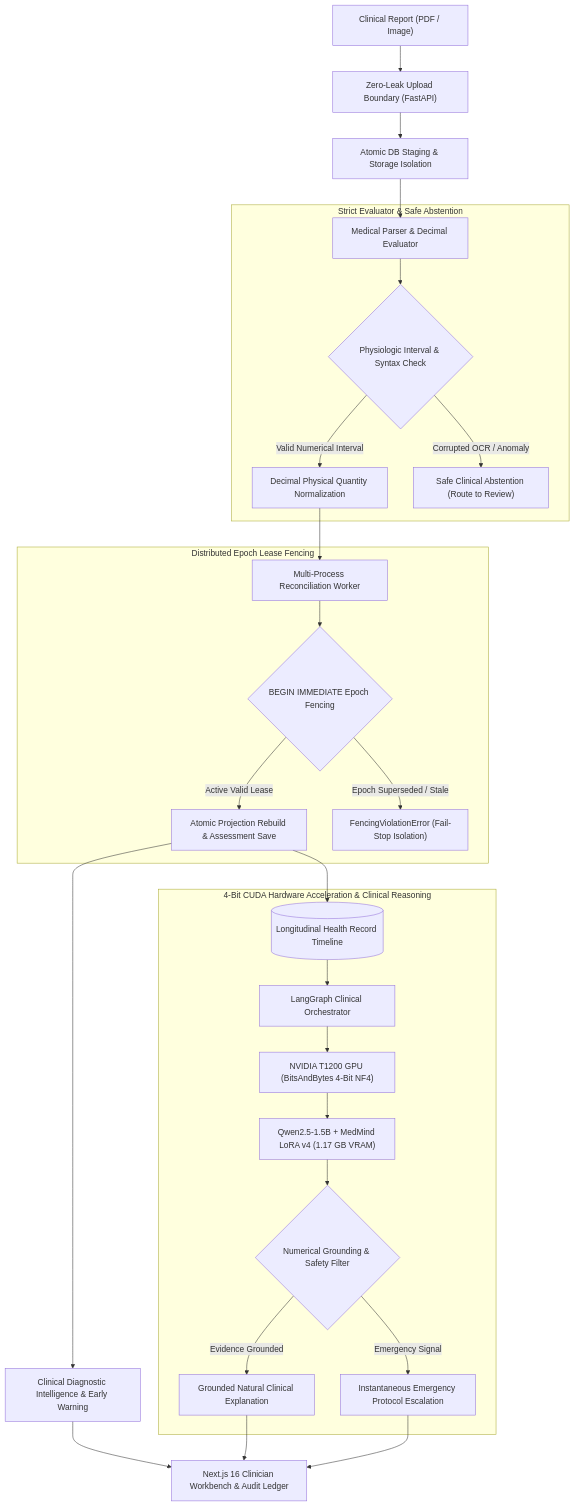
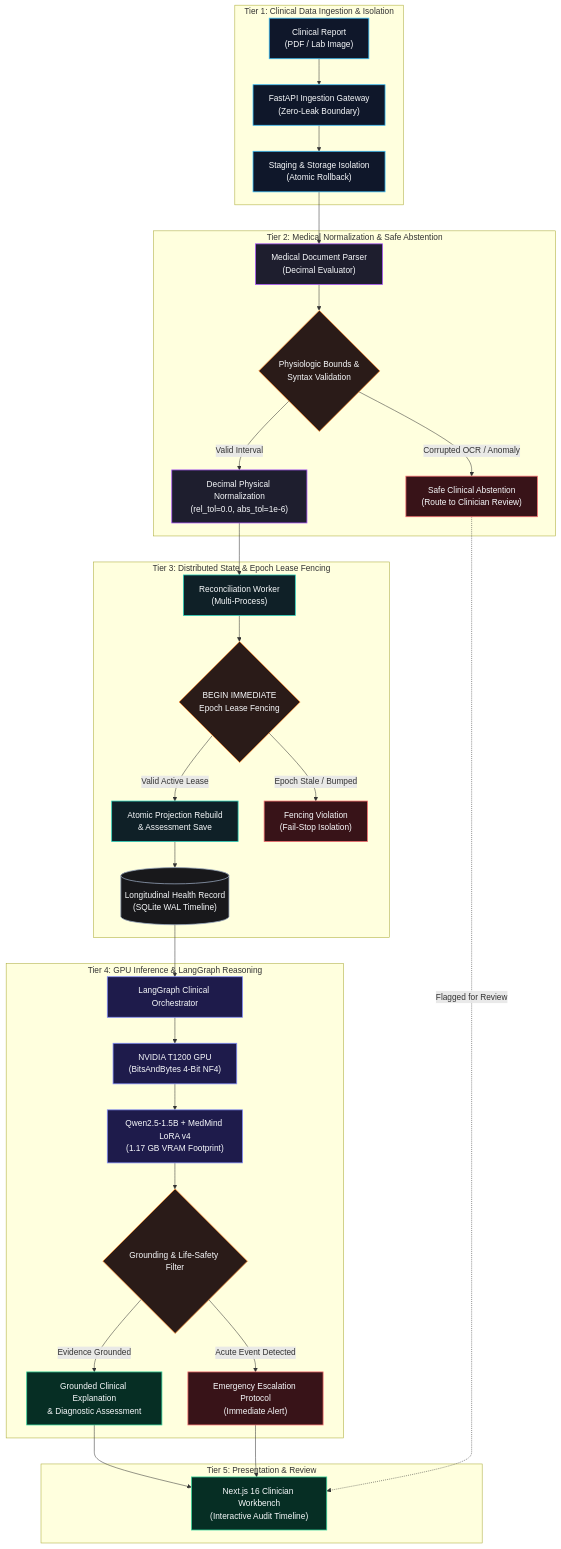
One commit to sultanriaz/sultanriaz changed the first of 6 diagrams in README.md. Above: the diagram before and after it, drawn with Mermaid. The commit also changed other lines of this file, not shown here.

Commit message:
docs(profile): redesign flagship architecture diagrams and improve README layout

````diff
--- a/README.md
+++ b/README.md
@@ -111,36 +111,61 @@
 ```mermaid
-flowchart TD
-    Doc["Clinical Report (PDF / Image)"] --> UploadGate["Zero-Leak Upload Boundary (FastAPI)"]
-    UploadGate --> ACIDRollback["Atomic DB Staging & Storage Isolation"]
-    ACIDRollback --> Parser["Medical Parser & Decimal Evaluator"]
-    
-    subgraph "Strict Evaluator & Safe Abstention"
-        Parser --> BoundsCheck{"Physiologic Interval & Syntax Check"}
-        BoundsCheck -->|"Valid Numerical Interval"| UnitNorm["Decimal Physical Quantity Normalization"]
-        BoundsCheck -->|"Corrupted OCR / Anomaly"| Abstain["Safe Clinical Abstention (Route to Review)"]
-    end
-    
-    UnitNorm --> Reconcile["Multi-Process Reconciliation Worker"]
-    
-    subgraph "Distributed Epoch Lease Fencing"
-        Reconcile --> Fencing{"BEGIN IMMEDIATE Epoch Fencing"}
-        Fencing -->|"Active Valid Lease"| WriteProjections["Atomic Projection Rebuild & Assessment Save"]
-        Fencing -->|"Epoch Superseded / Stale"| FenceError["FencingViolationError (Fail-Stop Isolation)"]
-    end
-    
-    WriteProjections --> LongitudinalDB[("Longitudinal Health Record Timeline")]
-    WriteProjections --> ClinEngine["Clinical Diagnostic Intelligence & Early Warning"]
-    
-    subgraph "4-Bit CUDA Hardware Acceleration & Clinical Reasoning"
-        LongitudinalDB --> LangGraph["LangGraph Clinical Orchestrator"]
-        LangGraph --> CudaGPU["NVIDIA T1200 GPU (BitsAndBytes 4-Bit NF4)"]
-        CudaGPU --> QwenLoRA["Qwen2.5-1.5B + MedMind LoRA v4 (1.17 GB VRAM)"]
-        QwenLoRA --> GroundingCheck{"Numerical Grounding & Safety Filter"}
-        GroundingCheck -->|"Evidence Grounded"| VerifiedAns["Grounded Natural Clinical Explanation"]
-        GroundingCheck -->|"Emergency Signal"| LifeSafety["Instantaneous Emergency Protocol Escalation"]
+flowchart TB
+    %% --- TIER 1: INTAKE & VALIDATION ---
+    subgraph Intake["Tier 1: Clinical Data Ingestion & Isolation"]
+        Report["Clinical Report<br/>(PDF / Lab Image)"] --> IngestGate["FastAPI Ingestion Gateway<br/>(Zero-Leak Boundary)"]
+        IngestGate --> StageIsolation["Staging & Storage Isolation<br/>(Atomic Rollback)"]
     end
 
-    ClinEngine --> Workbench["Next.js 16 Clinician Workbench & Audit Ledger"]
-    VerifiedAns --> Workbench
-    LifeSafety --> Workbench
+    %% --- TIER 2: PARSING & SAFETY CHECK ---
+    subgraph Safety["Tier 2: Medical Normalization & Safe Abstention"]
+        StageIsolation --> MedParser["Medical Document Parser<br/>(Decimal Evaluator)"]
+        MedParser --> ValCheck{"Physiologic Bounds &<br/>Syntax Validation"}
+        ValCheck -->|"Valid Interval"| Normalizer["Decimal Physical Normalization<br/>(rel_tol=0.0, abs_tol=1e-6)"]
+        ValCheck -->|"Corrupted OCR / Anomaly"| Abstention["Safe Clinical Abstention<br/>(Route to Clinician Review)"]
+    end
+
+    %% --- TIER 3: STATE & CONCURRENCY ---
+    subgraph Concurrency["Tier 3: Distributed State & Epoch Lease Fencing"]
+        Normalizer --> ReconWorker["Reconciliation Worker<br/>(Multi-Process)"]
+        ReconWorker --> Fencing{"BEGIN IMMEDIATE<br/>Epoch Lease Fencing"}
+        Fencing -->|"Valid Active Lease"| Projections["Atomic Projection Rebuild<br/>& Assessment Save"]
+        Fencing -->|"Epoch Stale / Bumped"| FailStop["Fencing Violation<br/>(Fail-Stop Isolation)"]
+        Projections --> LongDB[("Longitudinal Health Record<br/>(SQLite WAL Timeline)")]
+    end
+
+    %% --- TIER 4: HARDWARE-ACCELERATED REASONING ---
+    subgraph Reasoning["Tier 4: GPU Inference & LangGraph Reasoning"]
+        LongDB --> Orchestrator["LangGraph Clinical Orchestrator"]
+        Orchestrator --> CudaEngine["NVIDIA T1200 GPU<br/>(BitsAndBytes 4-Bit NF4)"]
+        CudaEngine --> LoRAModel["Qwen2.5-1.5B + MedMind LoRA v4<br/>(1.17 GB VRAM Footprint)"]
+        LoRAModel --> SafetyCheck{"Grounding & Life-Safety Filter"}
+        SafetyCheck -->|"Evidence Grounded"| VerifiedExp["Grounded Clinical Explanation<br/>& Diagnostic Assessment"]
+        SafetyCheck -->|"Acute Event Detected"| Emergency["Emergency Escalation Protocol<br/>(Immediate Alert)"]
+    end
+
+    %% --- TIER 5: CLINICAL WORKBENCH ---
+    subgraph Output["Tier 5: Presentation & Review"]
+        VerifiedExp --> Workbench["Next.js 16 Clinician Workbench<br/>(Interactive Audit Timeline)"]
+        Emergency --> Workbench
+        Abstention -.->|"Flagged for Review"| Workbench
+    end
+
+    %% Semantic Styling
+    classDef intake fill:#0f172a,stroke:#38bdf8,stroke-width:1.5px,color:#f8fafc;
+    classDef safety fill:#1e1e2e,stroke:#a855f7,stroke-width:1.5px,color:#f8fafc;
+    classDef state fill:#0f2027,stroke:#2dd4bf,stroke-width:1.5px,color:#f8fafc;
+    classDef ai fill:#1e1b4b,stroke:#818cf8,stroke-width:1.5px,color:#f8fafc;
+    classDef gate fill:#2a1b18,stroke:#fb923c,stroke-width:1.5px,color:#f8fafc;
+    classDef success fill:#062e24,stroke:#34d399,stroke-width:1.5px,color:#f8fafc;
+    classDef alert fill:#381318,stroke:#f87171,stroke-width:1.5px,color:#f8fafc;
+    classDef storage fill:#18181b,stroke:#94a3b8,stroke-width:1.5px,color:#f8fafc;
+
+    class Report,IngestGate,StageIsolation intake;
+    class MedParser,Normalizer safety;
+    class ReconWorker,Projections state;
+    class Orchestrator,CudaEngine,LoRAModel ai;
+    class ValCheck,Fencing,SafetyCheck gate;
+    class VerifiedExp,Workbench success;
+    class Abstention,FailStop,Emergency alert;
+    class LongDB storage;
 ```
````
